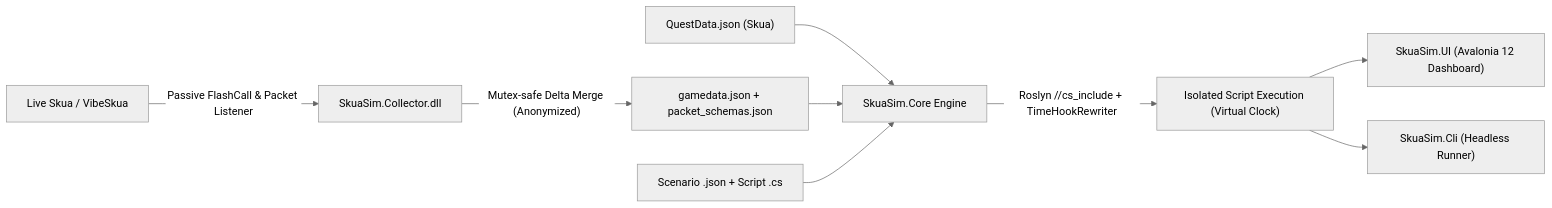
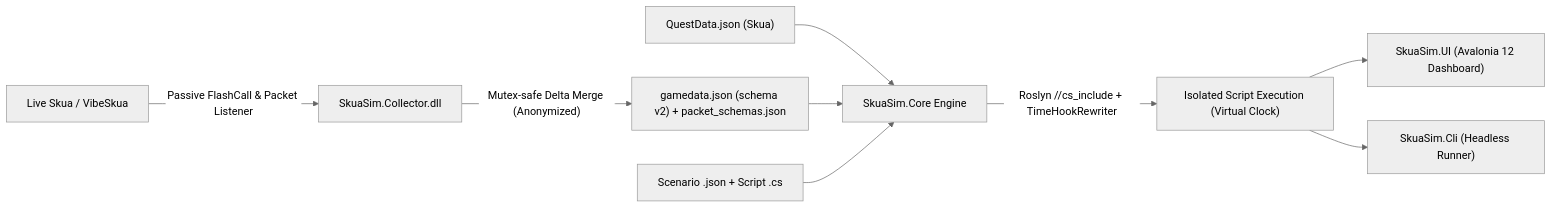
Before and after one commit to stinxts/SkuaSim: the diagram in README.md, drawn with Mermaid (neutral theme). The commit also changed other lines of this file and 26 other files, not shown here.

````diff
--- a/README.md
+++ b/README.md
@@ -15,11 +17,11 @@
 ```mermaid
 flowchart LR
     A["Live Skua / VibeSkua"] -->|"Passive FlashCall &amp; Packet Listener"| B["SkuaSim.Collector.dll"]
-    B -->|"Mutex-safe Delta Merge (Anonymized)"| C["gamedata.json + packet_schemas.json"]
+    B -->|"Mutex-safe Delta Merge (Anonymized)"| C["gamedata.json (schema v2) + packet_schemas.json"]
     D["QuestData.json (Skua)"] --> E["SkuaSim.Core Engine"]
     C --> E
     F["Scenario .json + Script .cs"] --> E
     E -->|"Roslyn //cs_include + TimeHookRewriter"| G["Isolated Script Execution (Virtual Clock)"]
     G --> H["SkuaSim.UI (Avalonia 12 Dashboard)"]
     G --> I["SkuaSim.Cli (Headless Runner)"]
 ```
````
